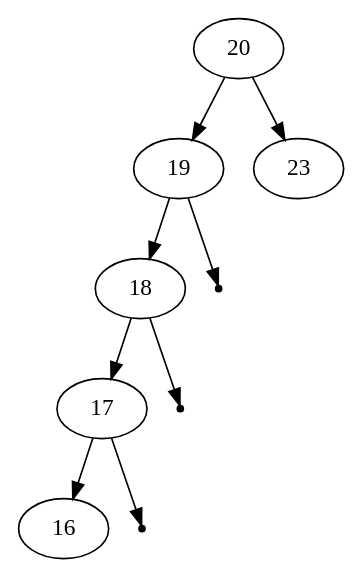
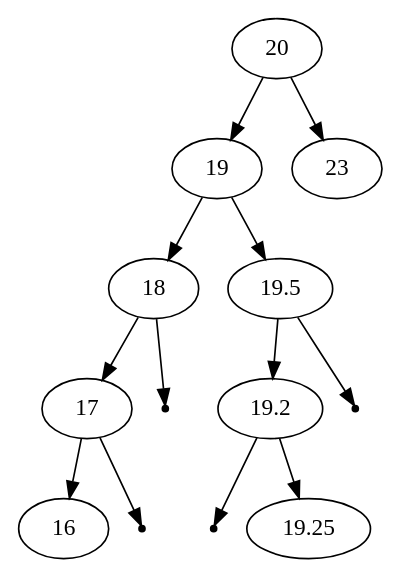
Before and after one commit to muniri92/Data-Structures-2.0: the diagram in src/graph.gv, drawn with Graphviz. The commit also changed 3 other files, not shown here.

```diff
--- a/src/graph.gv
+++ b/src/graph.gv
@@ -1,14 +1,19 @@
 digraph G{
 	20;
 	20 -> 19;
 	19 -> 18;
 	18 -> 17;
 	17 -> 16;
-	null469566066 [shape=point];
-	17 -> null469566066;
-	null29227518 [shape=point];
-	18 -> null29227518;
-	null953080555 [shape=point];
-	19 -> null953080555;
+	null57488869 [shape=point];
+	17 -> null57488869;
+	null264590806 [shape=point];
+	18 -> null264590806;
+	19 -> 19.5;
+	19.5 -> 19.2;
+	null54137705 [shape=point];
+	19.2 -> null54137705;
+	19.2 -> 19.25;
+	null887089553 [shape=point];
+	19.5 -> null887089553;
 	20 -> 23;
 }
```
